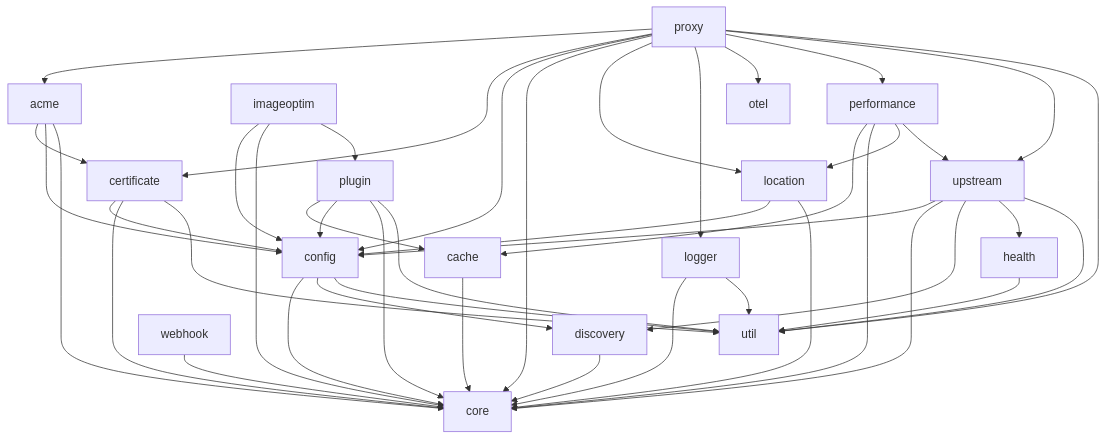
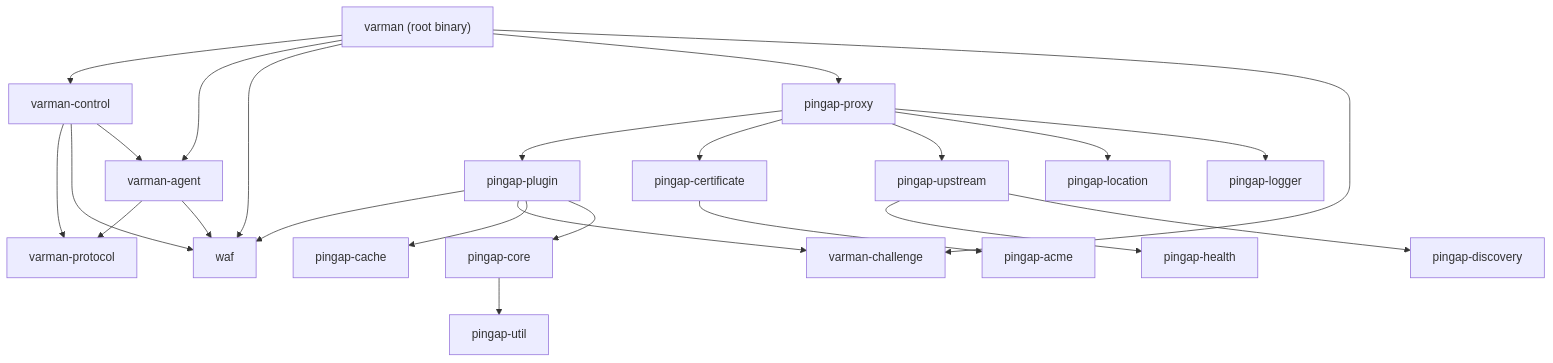
The diagram in docs/modules.md (channchetra/varmanwaf), drawn with Mermaid before and after one commit. The commit also changed other lines of this file and 41 other files, not shown here.

````diff
--- a/docs/modules.md
+++ b/docs/modules.md
@@ -23,59 +43,27 @@
 ```mermaid
 graph TD
-    acme --> certificate
-    acme --> config
-    acme --> core
+    root["varman (root binary)"] --> control
+    root --> agent
+    root --> waf
+    root --> proxy
+    root --> challenge
 
-    cache --> core
-
-    certificate --> config
-    certificate --> core
-    certificate --> util
-
-    config --> core
-    config --> discovery
-    config --> util
-
-    discovery --> core
-
-    health --> util
-
-    imageoptim --> config
-    imageoptim --> core
-    imageoptim --> plugin
-
-    location --> config
-    location --> core
-
-    logger --> core
-    logger --> util
-
-    performance --> cache
-    performance --> core
-    performance --> location
-    performance --> upstream
-
-    plugin --> cache
-    plugin --> config
-    plugin --> core
-    plugin --> util
-
-    proxy --> acme
-    proxy --> certificate
-    proxy --> config
-    proxy --> core
-    proxy --> location
-    proxy --> logger
-    proxy --> otel
-    proxy --> performance
-    proxy --> upstream
-    proxy --> util
-
-    upstream --> config
-    upstream --> core
-    upstream --> discovery
-    upstream --> health
-    upstream --> util
-
-    webhook --> core
+    control["varman-control"] --> protocol["varman-protocol"]
+    control --> waf
+    control --> agent
+    agent["varman-agent"] --> protocol
+    agent --> waf
+    proxy["pingap-proxy"] --> plugin["pingap-plugin"]
+    plugin --> waf
+    plugin --> challenge["varman-challenge"]
+    plugin --> cache["pingap-cache"]
+    plugin --> core["pingap-core"]
+    proxy --> certificate["pingap-certificate"]
+    proxy --> upstream["pingap-upstream"]
+    proxy --> location["pingap-location"]
+    proxy --> logger["pingap-logger"]
+    certificate --> acme["pingap-acme"]
+    upstream --> health["pingap-health"]
+    upstream --> discovery["pingap-discovery"]
+    core --> util["pingap-util"]
 ```
````
